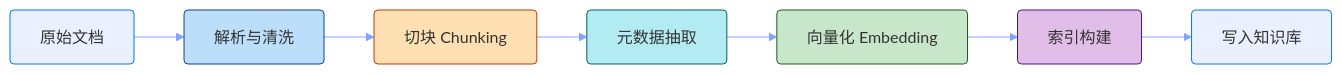
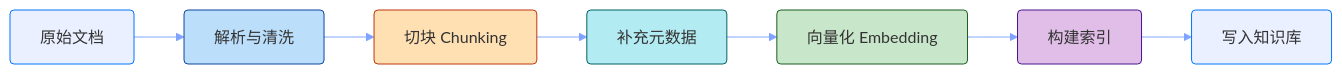
The second of 3 diagrams in apps/docs/experiences/Agent/RAG.md (youngluo/thinking), drawn with Mermaid before and after one commit. The commit also changed other lines of this file and 15 other files, not shown here.

````diff
--- a/apps/docs/experiences/Agent/RAG.md
+++ b/apps/docs/experiences/Agent/RAG.md
@@ -139,18 +130,18 @@
 ```mermaid
 %%{init: {'themeVariables': {'lineColor': '#7fa3ff'}}}%%
 flowchart LR
     A[原始文档] --> B[解析与清洗]
     B --> C[切块 Chunking]
-    C --> D[元数据抽取]
+    C --> D[补充元数据]
     D --> E[向量化 Embedding]
-    E --> F[索引构建]
+    E --> F[构建索引]
     F --> G[写入知识库]
 
     style A fill:#7fa3ff29,stroke:#07f,stroke-width:1px,rx:4,ry:4
     style B fill:#bbdefb,stroke:#0d47a1,stroke-width:1px,rx:4,ry:4
     style C fill:#ffe0b2,stroke:#bf360c,stroke-width:1px,rx:4,ry:4
     style D fill:#b2ebf2,stroke:#006064,stroke-width:1px,rx:4,ry:4
     style E fill:#c8e6c9,stroke:#1b5e20,stroke-width:1px,rx:4,ry:4
     style F fill:#e1bee7,stroke:#4a148c,stroke-width:1px,rx:4,ry:4
     style G fill:#7fa3ff29,stroke:#07f,stroke-width:1px,rx:4,ry:4
 ```
````
